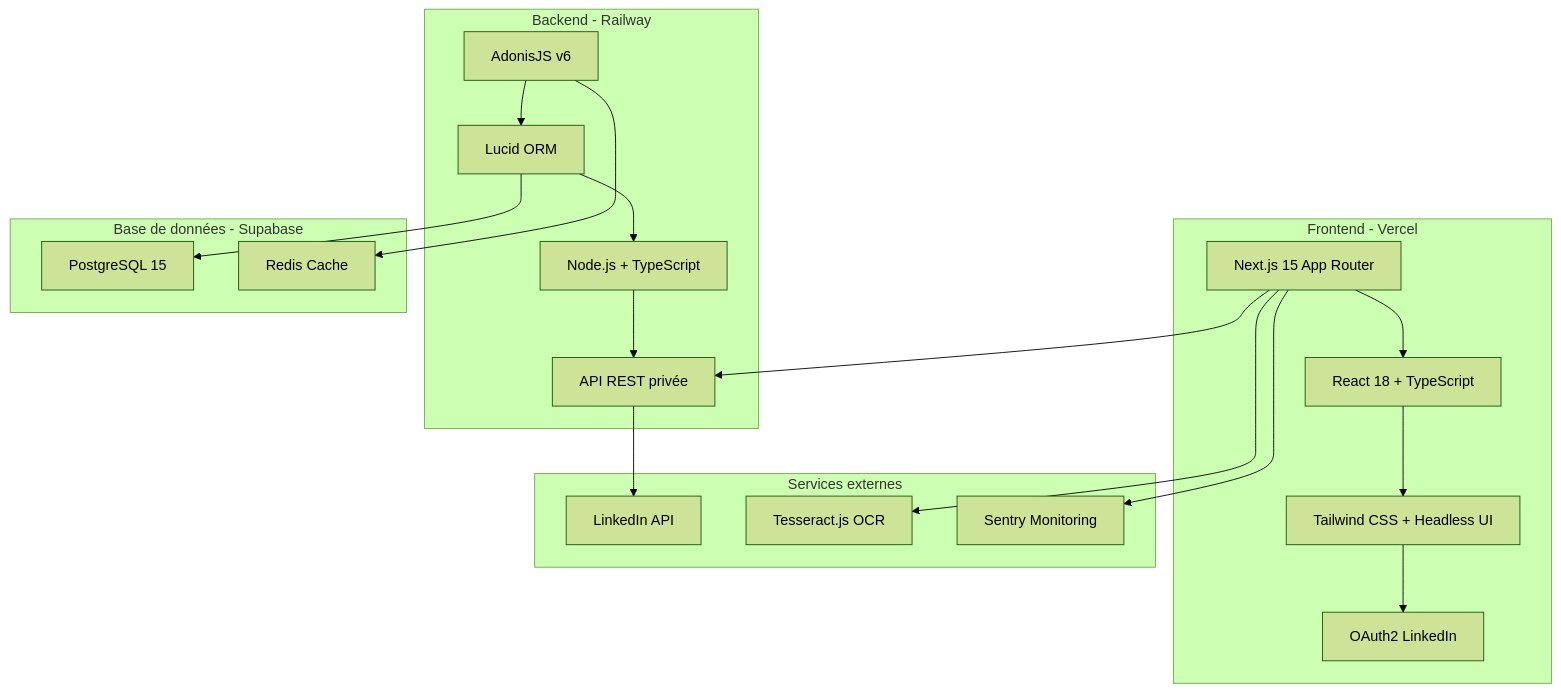
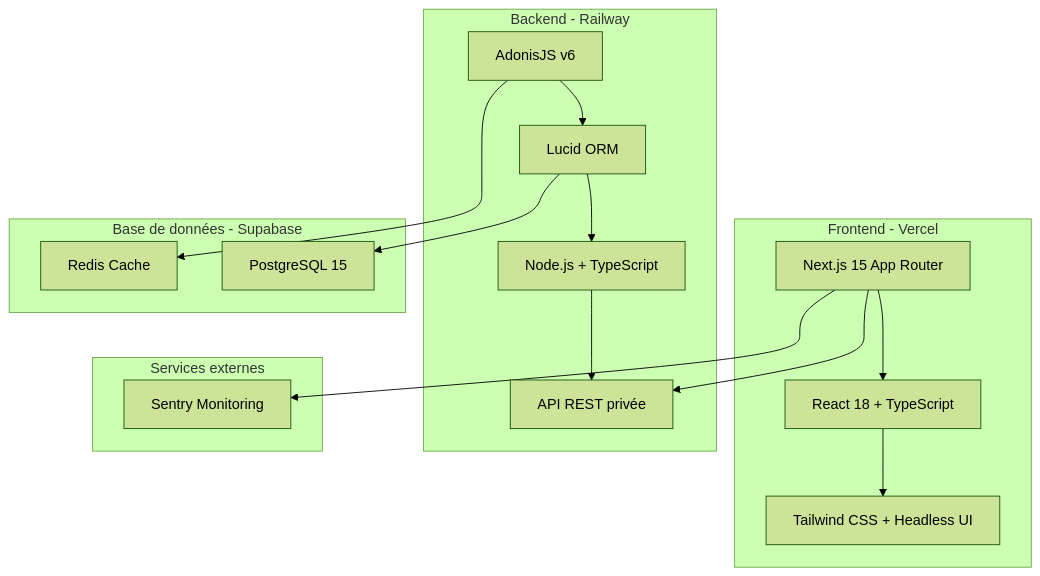
One commit to ThiessetFabien/Bondly changed the first of 3 diagrams in docs/devbook.md. Above: the diagram before and after it, drawn with Mermaid (forest theme). The commit also changed other lines of this file and 19 other files, not shown here.

````diff
--- a/docs/devbook.md
+++ b/docs/devbook.md
@@ -76,32 +81,27 @@
 ```mermaid
 graph TB
     subgraph "Frontend - Vercel"
         A[Next.js 15 App Router] --> B[React 18 + TypeScript]
         B --> C[Tailwind CSS + Headless UI]
-        C --> D[OAuth2 LinkedIn]
     end
-    
+
     subgraph "Backend - Railway"
         E[AdonisJS v6] --> F[Lucid ORM]
         F --> G[Node.js + TypeScript]
         G --> H[API REST privée]
     end
-    
+
     subgraph "Base de données - Supabase"
         I[PostgreSQL 15]
         J[Redis Cache]
     end
-    
+
     subgraph "Services externes"
-        K[LinkedIn API]
-        L[Tesseract.js OCR]
         M[Sentry Monitoring]
     end
-    
+
     A --> H
     F --> I
     E --> J
-    H --> K
-    A --> L
     A --> M
 ```
````
